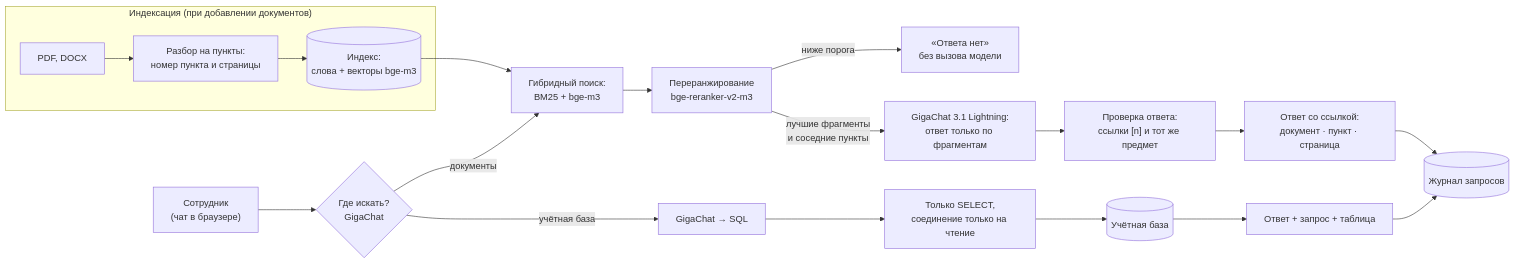
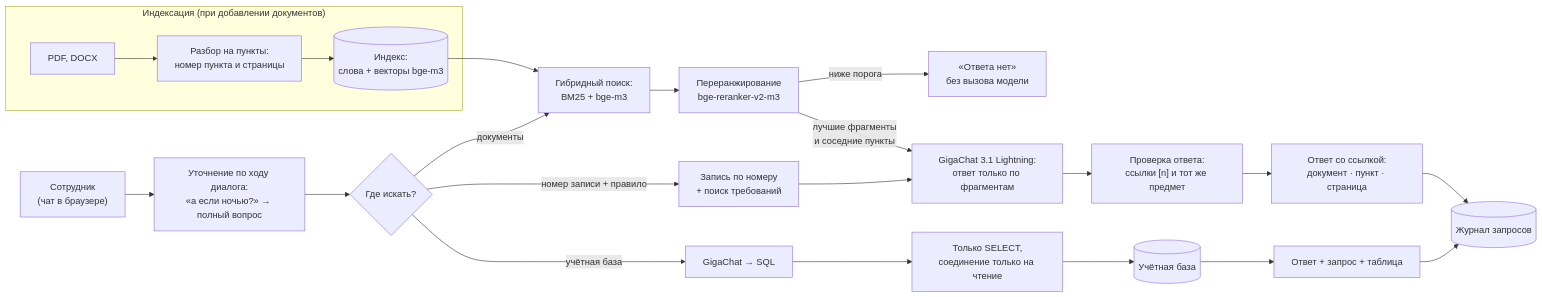
Before and after one commit to imaO0O/acselerator: the diagram in README.md, drawn with Mermaid. The commit also changed other lines of this file and 42 other files, not shown here.

````diff
--- a/README.md
+++ b/README.md
@@ -48,20 +59,22 @@
 ```mermaid
 flowchart LR
     subgraph IDX["Индексация (при добавлении документов)"]
         D["PDF, DOCX"] --> P["Разбор на пункты:<br/>номер пункта и страницы"] --> I[("Индекс:<br/>слова + векторы bge-m3")]
     end
-    U["Сотрудник<br/>(чат в браузере)"] --> R{"Где искать?<br/>GigaChat"}
+    U["Сотрудник<br/>(чат в браузере)"] --> H["Уточнение по ходу диалога:<br/>«а если ночью?» → полный вопрос"] --> R{"Где искать?"}
     R -->|документы| S["Гибридный поиск:<br/>BM25 + bge-m3"]
     I --> S
     S --> RR["Переранжирование<br/>bge-reranker-v2-m3"]
     RR -->|"ниже порога"| N["«Ответа нет»<br/>без вызова модели"]
     RR -->|"лучшие фрагменты<br/>и соседние пункты"| G["GigaChat 3.1 Lightning:<br/>ответ только по фрагментам"]
     G --> V["Проверка ответа:<br/>ссылки [n] и тот же предмет"]
     V --> A["Ответ со ссылкой:<br/>документ · пункт · страница"]
+    R -->|"номер записи + правило"| B["Запись по номеру<br/>+ поиск требований"]
+    B --> G
     R -->|учётная база| Q["GigaChat → SQL"]
     Q --> C["Только SELECT,<br/>соединение только на чтение"]
     C --> DB[("Учётная база")]
     DB --> A2["Ответ + запрос + таблица"]
     A --> L[("Журнал запросов")]
     A2 --> L
 ```
````
